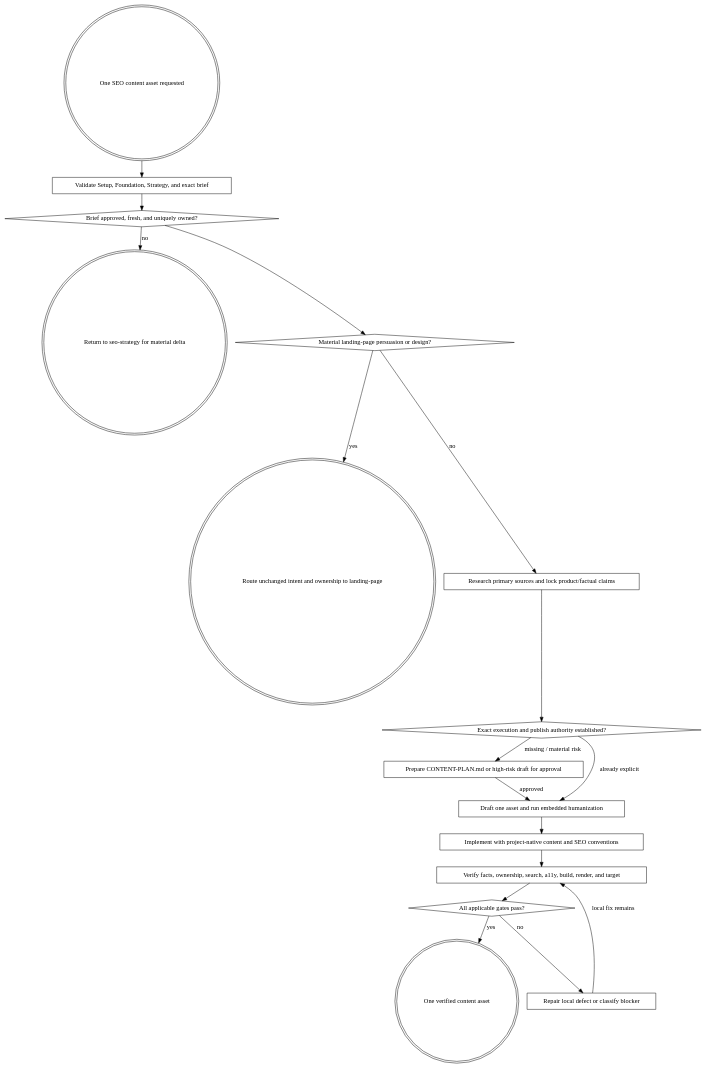
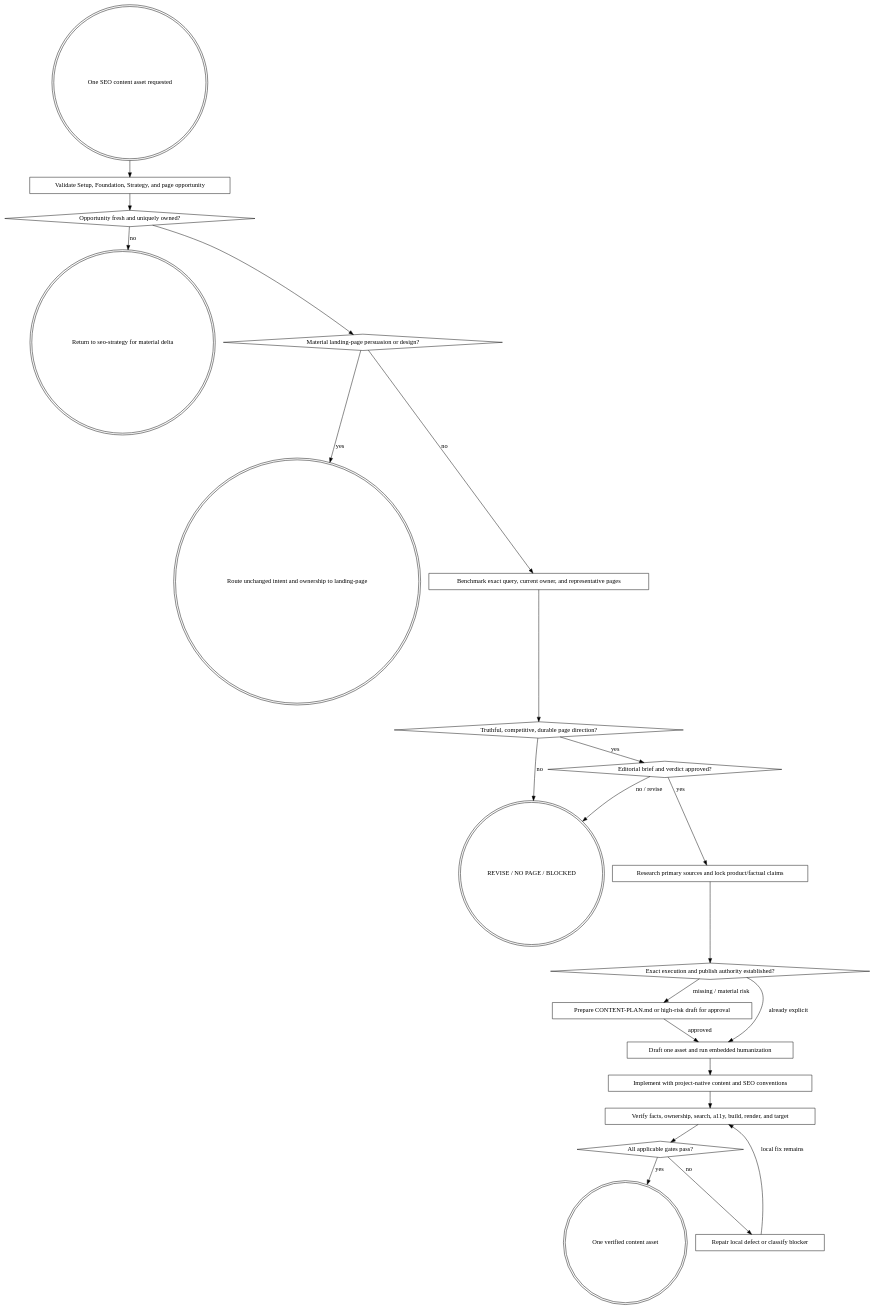
One commit to gremlin-labs/gremlin-skills changed the diagram in skills/growth/seo-content/SKILL.md. Above: the diagram before and after it, drawn with Graphviz. The commit also changed other lines of this file and 115 other files, not shown here.

````diff
--- a/skills/growth/seo-content/SKILL.md
+++ b/skills/growth/seo-content/SKILL.md
@@ -10,33 +10,42 @@
 ```dot
 digraph seo_content {
   start [shape=doublecircle, label="One SEO content asset requested"];
-  prerequisites [shape=box, label="Validate Setup, Foundation, Strategy, and exact brief"];
-  ready [shape=diamond, label="Brief approved, fresh, and uniquely owned?"];
+  prerequisites [shape=box, label="Validate Setup, Foundation, Strategy, and page opportunity"];
+  ready [shape=diamond, label="Opportunity fresh and uniquely owned?"];
   strategy [shape=doublecircle, label="Return to seo-strategy for material delta"];
   landing [shape=diamond, label="Material landing-page persuasion or design?"];
   route [shape=doublecircle, label="Route unchanged intent and ownership to landing-page"];
+  benchmark [shape=box, label="Benchmark exact query, current owner, and representative pages"];
+  editorial [shape=diamond, label="Truthful, competitive, durable page direction?"];
+  stop [shape=doublecircle, label="REVISE / NO PAGE / BLOCKED"];
+  approve_brief [shape=diamond, label="Editorial brief and verdict approved?"];
   evidence [shape=box, label="Research primary sources and lock product/factual claims"];
   authority [shape=diamond, label="Exact execution and publish authority established?"];
   approve [shape=box, label="Prepare CONTENT-PLAN.md or high-risk draft for approval"];
   draft [shape=box, label="Draft one asset and run embedded humanization"];
   implement [shape=box, label="Implement with project-native content and SEO conventions"];
   verify [shape=box, label="Verify facts, ownership, search, a11y, build, render, and target"];
   pass [shape=diamond, label="All applicable gates pass?"];
   repair [shape=box, label="Repair local defect or classify blocker"];
   done [shape=doublecircle, label="One verified content asset"];
 
   start -> prerequisites -> ready;
   ready -> strategy [label="no"];
   ready -> landing;
   landing -> route [label="yes"];
-  landing -> evidence [label="no"];
+  landing -> benchmark [label="no"];
+  benchmark -> editorial;
+  editorial -> stop [label="no"];
+  editorial -> approve_brief [label="yes"];
+  approve_brief -> stop [label="no / revise"];
+  approve_brief -> evidence [label="yes"];
   evidence -> authority;
   authority -> approve [label="missing / material risk"];
   approve -> draft [label="approved"];
   authority -> draft [label="already explicit"];
   draft -> implement -> verify -> pass;
   pass -> repair [label="no"];
   repair -> verify [label="local fix remains"];
   pass -> done [label="yes"];
 }
 ```
````
